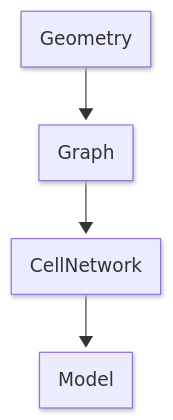
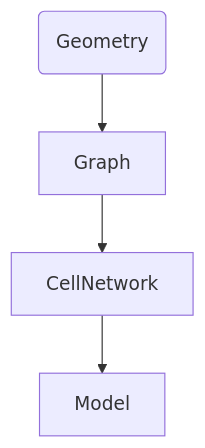
Before and after one commit to BRG-research/compas_grid: the diagram in README.md, drawn with Mermaid. The commit also changed other lines of this file, not shown here.

````diff
--- a/README.md
+++ b/README.md
@@ -7,12 +7,8 @@
 ```mermaid
-    ---
-    config:
-      layout: fixed
-      look: neo
-      theme: mc
-    ---
   flowchart TD;
       Geometry-->Graph;
       Graph-->CellNetwork;
       CellNetwork-->Model;
+      Geometry@{ shape: rounded}
+
 ```
````
